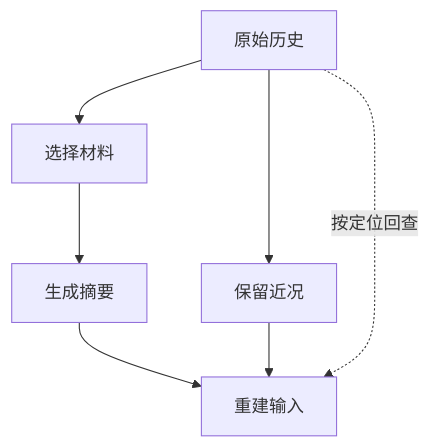
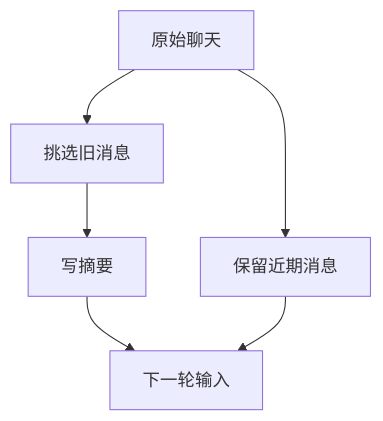
Before and after one commit to Mar-garet/agent-book: the diagram in book/18-context-compaction.md, drawn with Mermaid. The commit also changed other lines of this file and 27 other files, not shown here.

````diff
--- a/book/18-context-compaction.md
+++ b/book/18-context-compaction.md
@@ -15,10 +15,9 @@
 ```mermaid
-%% 压缩前后的信息链
+%% 旧聊天怎样变成下一轮材料
 flowchart TD
-    A[原始历史] --> B[选择材料]
-    B --> C[生成摘要]
-    C --> E[重建输入]
-    A --> D[保留近况]
+    A[原始聊天] --> B[挑选旧消息]
+    B --> C[写摘要]
+    C --> E[下一轮输入]
+    A --> D[保留近期消息]
     D --> E
-    A -.按定位回查.-> E
 ```
````
